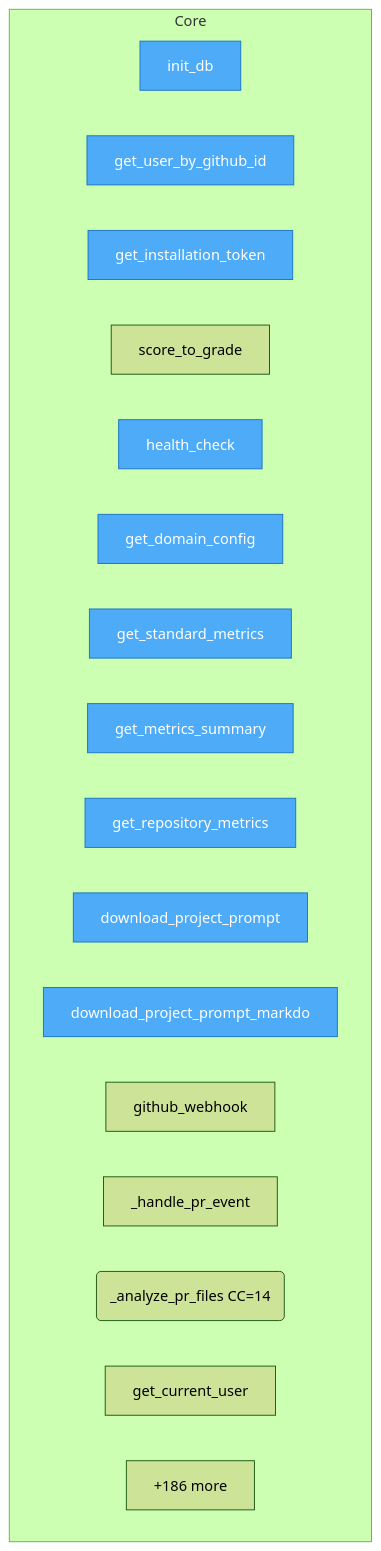
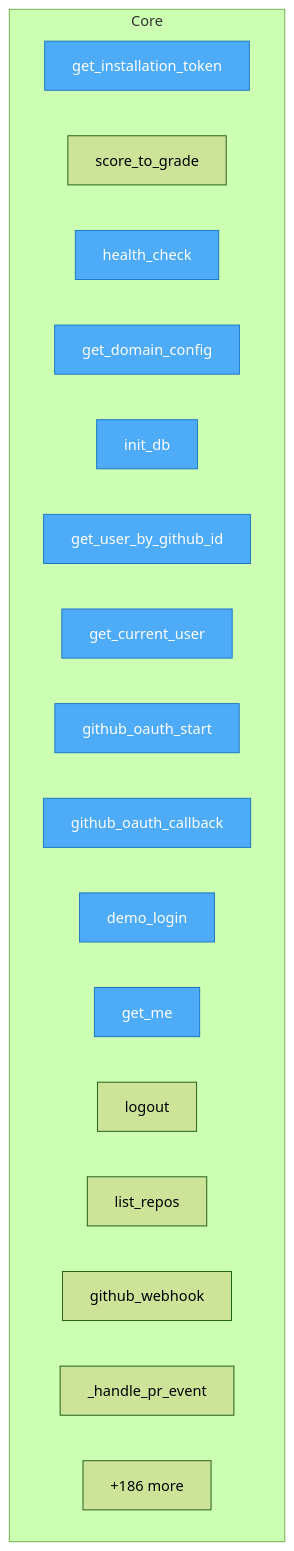
Before and after one commit to semcod/www: the diagram in project/flow.mmd, drawn with Mermaid (forest theme). The commit also changed 10 other files, not shown here.

```diff
--- a/project/flow.mmd
+++ b/project/flow.mmd
@@ -1,25 +1,25 @@
 flowchart TD
 
     %% Entry points (blue)
     classDef entry fill:#4dabf7,stroke:#1971c2,color:#fff
 
     subgraph Core
-        backend__database__init_db["init_db"]
-        backend__database__get_user_by_github_id["get_user_by_github_id"]
         backend__services__github_client__get_installation_token["get_installation_token"]
         backend__services__scoring__score_to_grade["score_to_grade"]
         backend__routers__system__health_check["health_check"]
         backend__routers__system__get_domain_config["get_domain_config"]
-        backend__routers__metrics__get_standard_metrics["get_standard_metrics"]
-        backend__routers__metrics__get_metrics_summary["get_metrics_summary"]
-        backend__routers__metrics__get_repository_metrics["get_repository_metrics"]
-        backend__routers__metrics__download_project_prompt["download_project_prompt"]
-        backend__routers__metrics__download_project_prompt_markdown["download_project_prompt_markdo"]
+        backend__database__init_db["init_db"]
+        backend__database__get_user_by_github_id["get_user_by_github_id"]
+        backend__routers__auth__get_current_user["get_current_user"]
+        backend__routers__auth__github_oauth_start["github_oauth_start"]
+        backend__routers__auth__github_oauth_callback["github_oauth_callback"]
+        backend__routers__auth__demo_login["demo_login"]
+        backend__routers__auth__get_me["get_me"]
+        backend__routers__auth__logout["logout"]
+        backend__routers__auth__list_repos["list_repos"]
         backend__routers__webhook__github_webhook["github_webhook"]
         backend__routers__webhook___handle_pr_event["_handle_pr_event"]
-        backend__routers__webhook___analyze_pr_files("_analyze_pr_files CC=14")
-        backend__routers__auth__get_current_user["get_current_user"]
         ...["+186 more"]
     end
 
-    class backend__database__init_db,backend__database__get_user_by_github_id,backend__services__github_client__get_installation_token,backend__routers__system__health_check,backend__routers__system__get_domain_config,backend__routers__metrics__get_standard_metrics,backend__routers__metrics__get_metrics_summary,backend__routers__metrics__get_repository_metrics,backend__routers__metrics__download_project_prompt,backend__routers__metrics__download_project_prompt_markdown entry
+    class backend__services__github_client__get_installation_token,backend__routers__system__health_check,backend__routers__system__get_domain_config,backend__database__init_db,backend__database__get_user_by_github_id,backend__routers__auth__get_current_user,backend__routers__auth__github_oauth_start,backend__routers__auth__github_oauth_callback,backend__routers__auth__demo_login,backend__routers__auth__get_me entry
```
